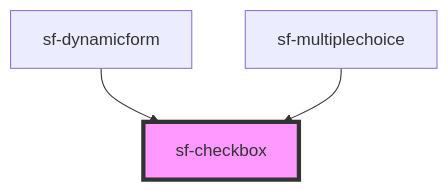
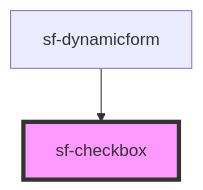
Before and after one commit to pxcemaker/SmartForms: the diagram in fusion-opl/stencil-smartform-on-main/src/components/sf-checkbox/readme.md, drawn with Mermaid. The commit also changed other lines of this file and 6 other files, not shown here.

````diff
--- a/fusion-opl/stencil-smartform-on-main/src/components/sf-checkbox/readme.md
+++ b/fusion-opl/stencil-smartform-on-main/src/components/sf-checkbox/readme.md
@@ -20,6 +20,5 @@
 ```mermaid
 graph TD;
   sf-dynamicform --> sf-checkbox
-  sf-multiplechoice --> sf-checkbox
   style sf-checkbox fill:#f9f,stroke:#333,stroke-width:4px
 ```
````
